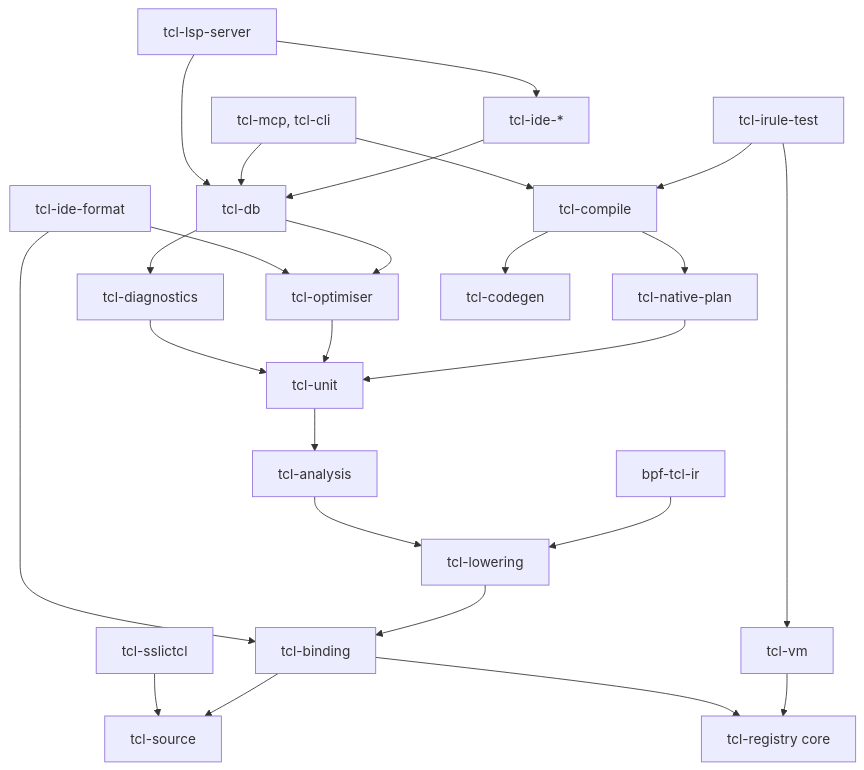
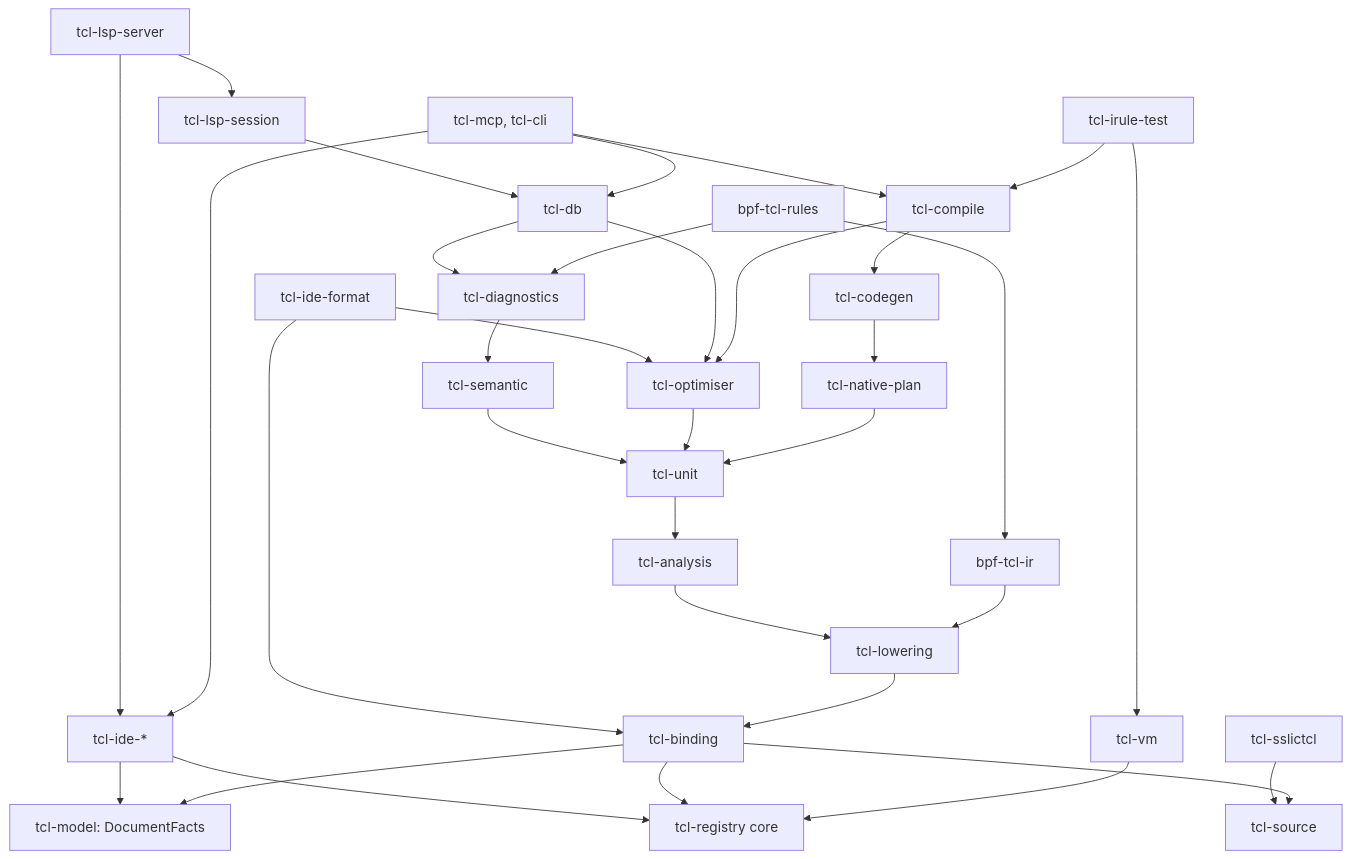
One commit to bitwisecook/tcl-lsp changed the sixth of 7 diagrams in docs/design/compiler/compiler-analyser-spectcl-integration.md. Above: the diagram before and after it, drawn with Mermaid. The commit also changed other lines of this file and 12 other files, not shown here.

````diff
--- a/docs/design/compiler/compiler-analyser-spectcl-integration.md
+++ b/docs/design/compiler/compiler-analyser-spectcl-integration.md
@@ -653,27 +816,35 @@
 ```mermaid
 flowchart TB
-  lsp["tcl-lsp-server"] --> db["tcl-db"]
+  lsp["tcl-lsp-server"] --> session["tcl-lsp-session"]
+  session --> db["tcl-db"]
   mcpCli["tcl-mcp, tcl-cli"] --> db
   mcpCli --> compile["tcl-compile"]
   lsp --> ide["tcl-ide-*"]
-  ide --> db
+  mcpCli --> ide
+  ide --> model["tcl-model: DocumentFacts"]
+  ide --> core["tcl-registry core"]
   fmt["tcl-ide-format"] --> optim["tcl-optimiser"]
   fmt --> binding["tcl-binding"]
   db --> diag["tcl-diagnostics"]
   db --> optim
-  compile --> nplan["tcl-native-plan"]
+  diag --> semantic["tcl-semantic"]
+  semantic --> unit["tcl-unit"]
   compile --> codegen["tcl-codegen"]
+  compile --> optim
+  codegen --> nplan["tcl-native-plan"]
   irt["tcl-irule-test"] --> compile
   irt --> vm["tcl-vm"]
-  diag --> unit["tcl-unit"]
+  bpfRules["bpf-tcl-rules"] --> diag
+  bpfRules --> bpf["bpf-tcl-ir"]
   optim --> unit
   nplan --> unit
   unit --> analysis["tcl-analysis"]
   analysis --> lowering["tcl-lowering"]
-  bpf["bpf-tcl-ir"] --> lowering
+  bpf --> lowering
   lowering --> binding
-  binding --> core["tcl-registry core"]
+  binding --> model
+  binding --> core
   vm --> core
   ssl["tcl-sslictcl"] --> source["tcl-source"]
   binding --> source
 ```
````
